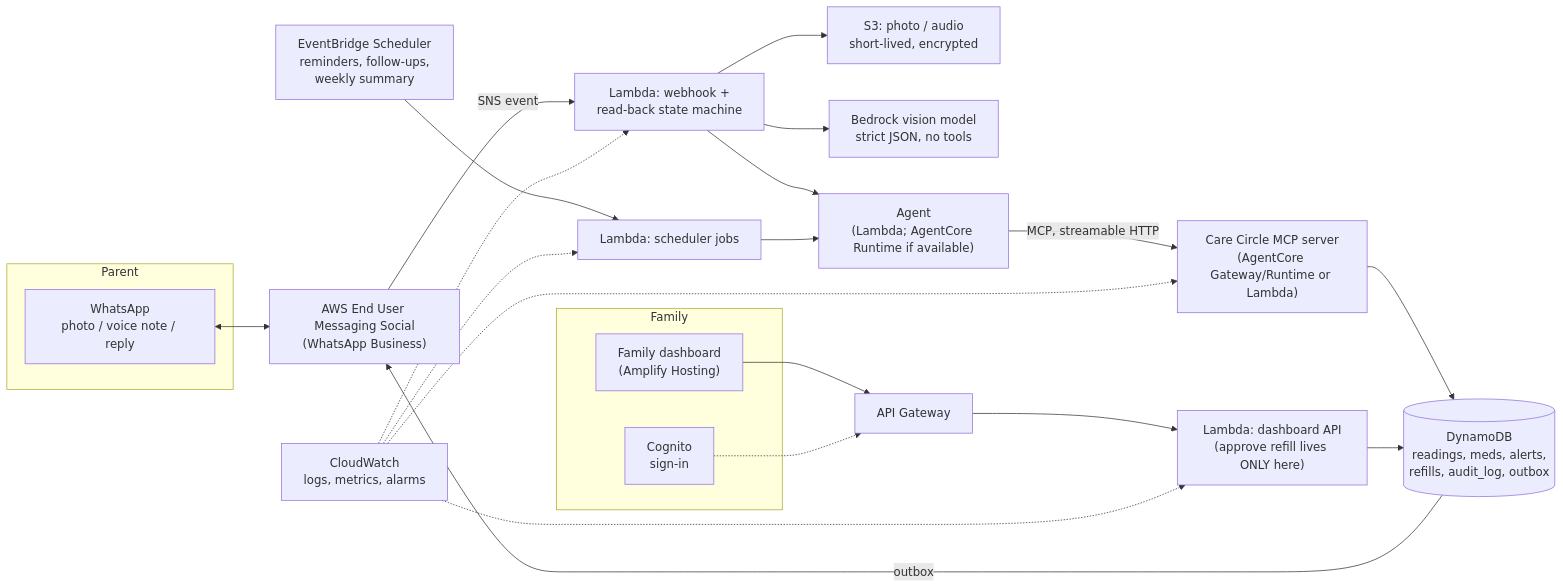
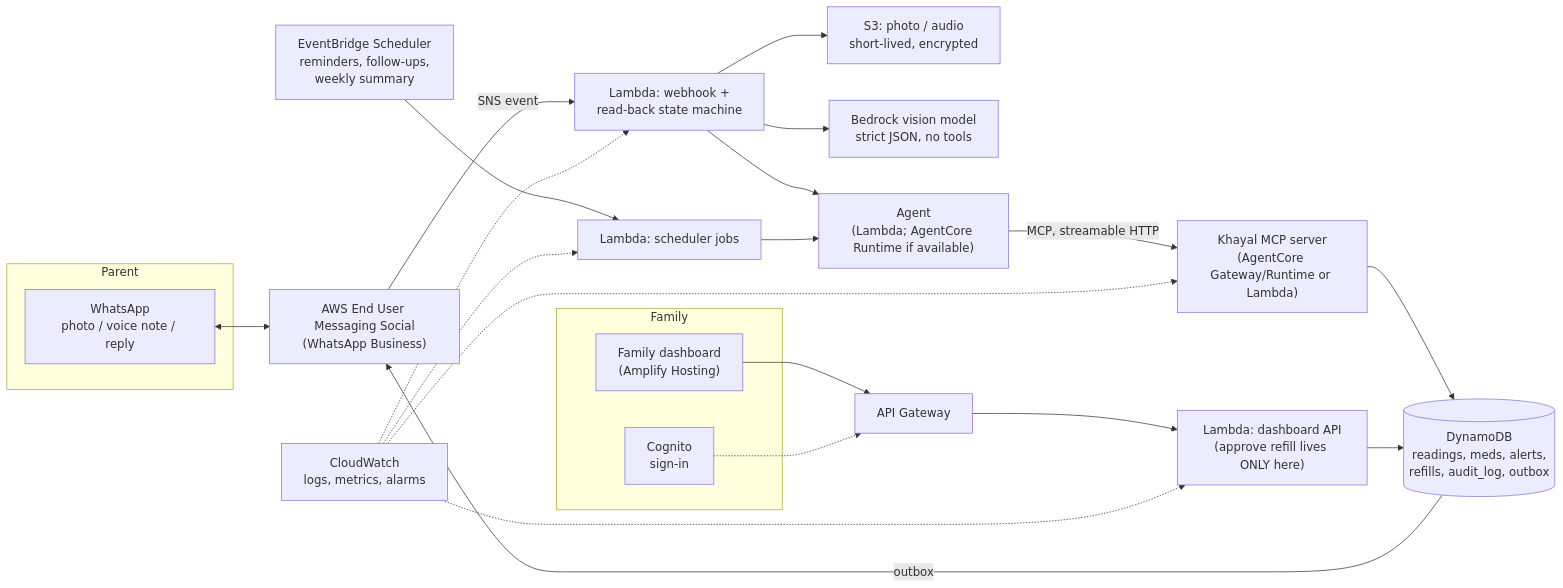
Before and after one commit to jagpreetsingh02/Khayal: the diagram in docs/AWS_ARCHITECTURE.md, drawn with Mermaid. The commit also changed other lines of this file and 45 other files, not shown here.

Commit message:
chore: rename product from Care Circle to Khayal

````diff
--- a/docs/AWS_ARCHITECTURE.md
+++ b/docs/AWS_ARCHITECTURE.md
@@ -14,25 +14,25 @@
 ```mermaid
 flowchart LR
   subgraph Parent
     WA["WhatsApp<br/>photo / voice note / reply"]
   end
   subgraph Family
     DASH["Family dashboard<br/>(Amplify Hosting)"]
     COG["Cognito<br/>sign-in"]
   end
 
   WA <--> EUM["AWS End User Messaging Social<br/>(WhatsApp Business)"]
   EUM -->|"SNS event"| WH["Lambda: webhook +<br/>read-back state machine"]
   WH --> S3["S3: photo / audio<br/>short-lived, encrypted"]
   WH --> BR["Bedrock vision model<br/>strict JSON, no tools"]
   WH --> AG["Agent<br/>(Lambda; AgentCore Runtime if available)"]
-  AG -->|"MCP, streamable HTTP"| MCP["Care Circle MCP server<br/>(AgentCore Gateway/Runtime or Lambda)"]
+  AG -->|"MCP, streamable HTTP"| MCP["Khayal MCP server<br/>(AgentCore Gateway/Runtime or Lambda)"]
   MCP --> DDB[("DynamoDB<br/>readings, meds, alerts,<br/>refills, audit_log, outbox")]
   SCH["EventBridge Scheduler<br/>reminders, follow-ups,<br/>weekly summary"] --> JOB["Lambda: scheduler jobs"]
   JOB --> AG
   DASH --> APIGW["API Gateway"] --> API["Lambda: dashboard API<br/>(approve refill lives ONLY here)"]
   COG -.-> APIGW
   API --> DDB
   DDB -->|"outbox"| EUM
   CW["CloudWatch<br/>logs, metrics, alarms"] -.-> WH & MCP & API & JOB
 ```
````
